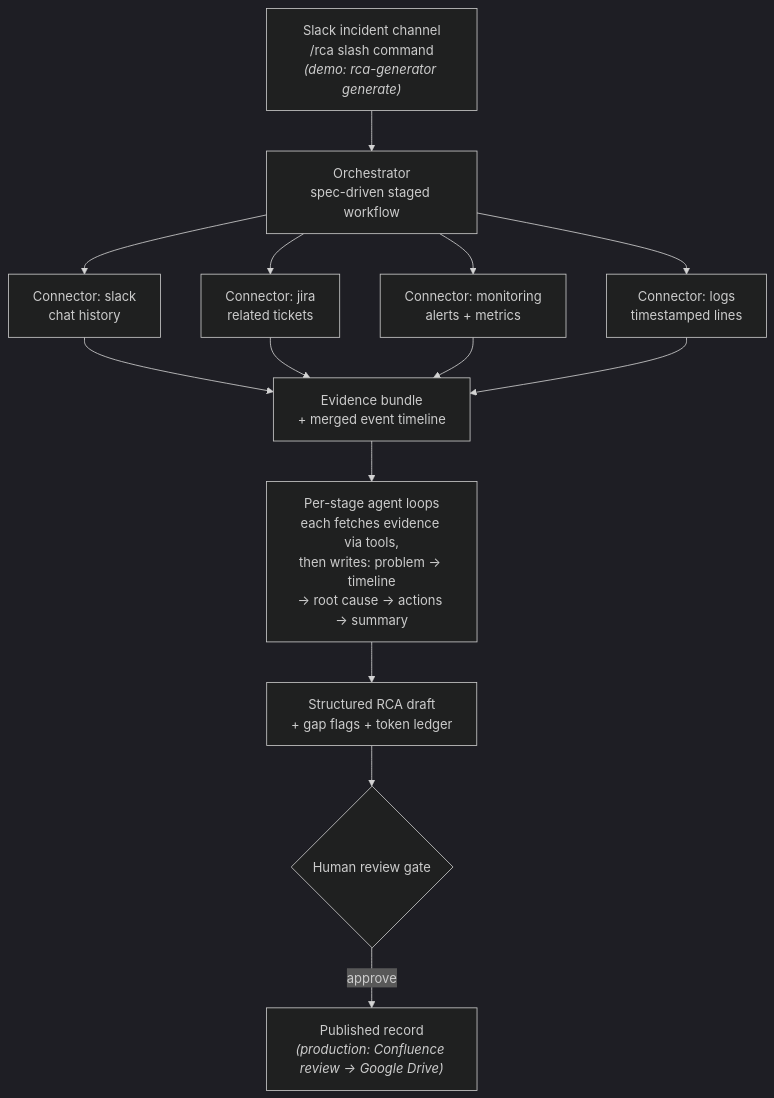
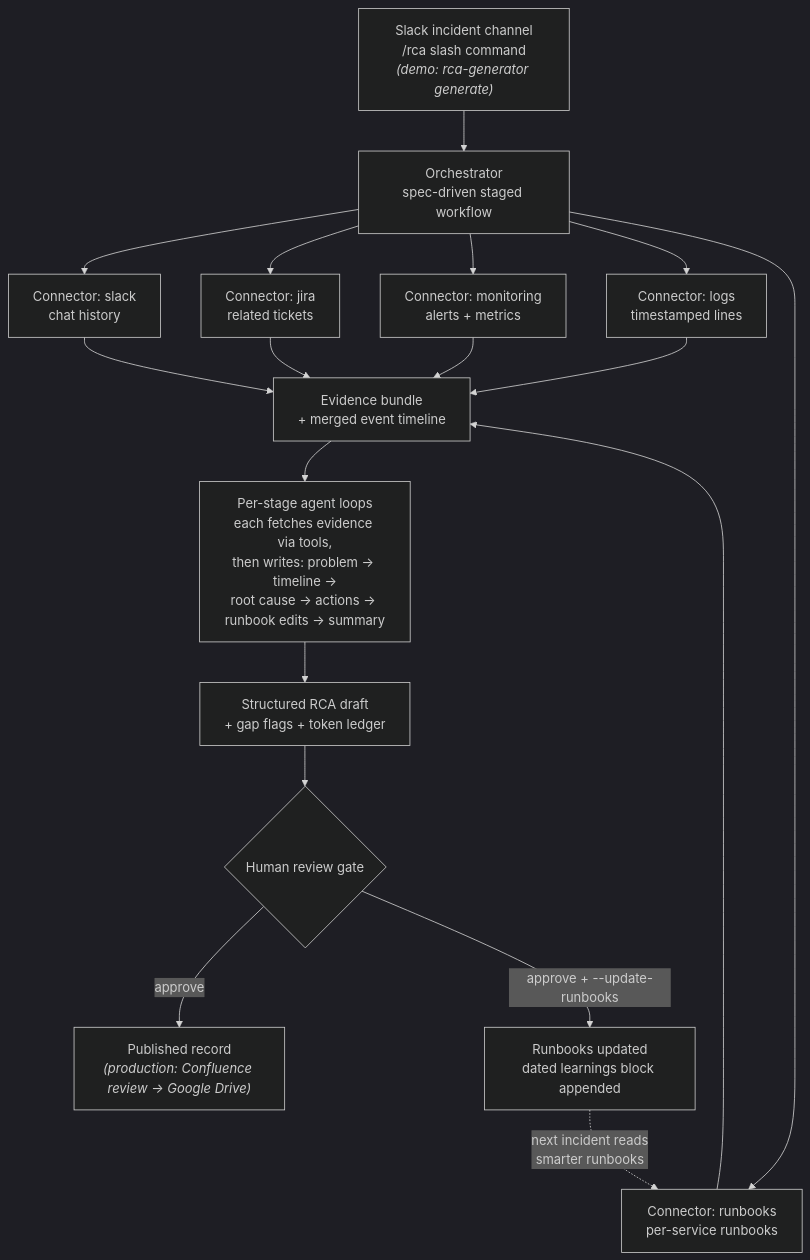
One commit to somasundarv/rca-generator changed the diagram in README.md. Above: the diagram before and after it, drawn with Mermaid (dark theme). The commit also changed other lines of this file and 11 other files, not shown here.

````diff
--- a/README.md
+++ b/README.md
@@ -20,13 +22,16 @@
 ```mermaid
 flowchart TD
     A["Slack incident channel<br/>/rca slash command<br/><i>(demo: rca-generator generate)</i>"] --> B["Orchestrator<br/>spec-driven staged workflow"]
     B --> C1["Connector: slack<br/>chat history"]
     B --> C2["Connector: jira<br/>related tickets"]
     B --> C3["Connector: monitoring<br/>alerts + metrics"]
     B --> C4["Connector: logs<br/>timestamped lines"]
-    C1 & C2 & C3 & C4 --> D["Evidence bundle<br/>+ merged event timeline"]
-    D --> E["Per-stage agent loops<br/>each fetches evidence via tools,<br/>then writes: problem → timeline<br/>→ root cause → actions → summary"]
+    B --> C5["Connector: runbooks<br/>per-service runbooks"]
+    C1 & C2 & C3 & C4 & C5 --> D["Evidence bundle<br/>+ merged event timeline"]
+    D --> E["Per-stage agent loops<br/>each fetches evidence via tools,<br/>then writes: problem → timeline →<br/>root cause → actions → runbook edits → summary"]
     E --> F["Structured RCA draft<br/>+ gap flags + token ledger"]
     F --> G{"Human review gate"}
     G -->|approve| H["Published record<br/><i>(production: Confluence review → Google Drive)</i>"]
+    G -->|"approve + --update-runbooks"| I["Runbooks updated<br/>dated learnings block appended"]
+    I -.->|next incident reads<br/>smarter runbooks| C5
 ```
````
